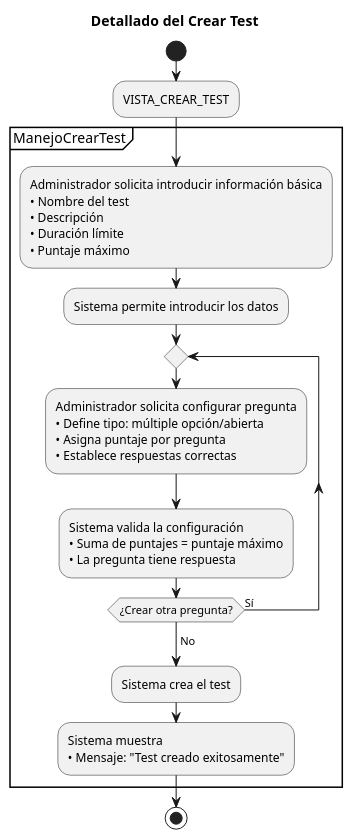
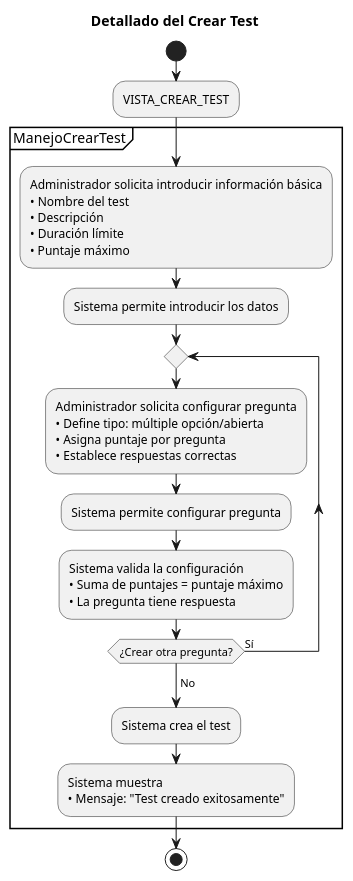
Before and after one commit to Dievex/24-25-IdSw1-SDR: the diagram in casos_de_uso/diagramas_casos_de_uso_detallados/crear_test.puml, drawn with PlantUML. The commit also changed 9 other files, not shown here.

Commit message:
docs(use-case-diagrams): add system permission steps to detailed use case diagrams

```diff
--- a/casos_de_uso/diagramas_casos_de_uso_detallados/crear_test.puml
+++ b/casos_de_uso/diagramas_casos_de_uso_detallados/crear_test.puml
@@ -1,40 +1,42 @@
 @startuml
 title Detallado del Crear Test
 
 start
 
 :VISTA_CREAR_TEST;
 
 partition ManejoCrearTest {
   
   :Administrador solicita introducir información básica
   • Nombre del test
   • Descripción
   • Duración límite
   • Puntaje máximo;
 
   :Sistema permite introducir los datos;
   
   repeat
     :Administrador solicita configurar pregunta
     • Define tipo: múltiple opción/abierta
     • Asigna puntaje por pregunta
     • Establece respuestas correctas;
+
+    :Sistema permite configurar pregunta;
     
     :Sistema valida la configuración
     • Suma de puntajes = puntaje máximo
     • La pregunta tiene respuesta;
   repeat while (¿Crear otra pregunta?) is (Sí)
   ->No;
   
   :Sistema crea el test;
     
  :Sistema muestra
  • Mensaje: "Test creado exitosamente";
     
 
   
 }
 
 stop
 @enduml
```
